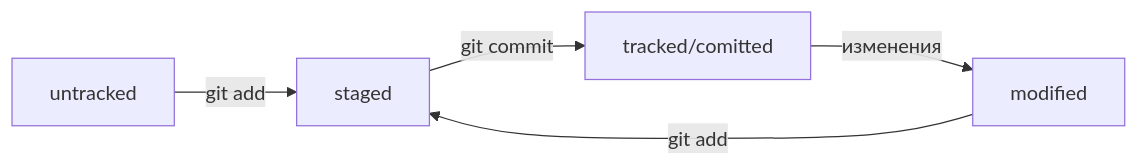
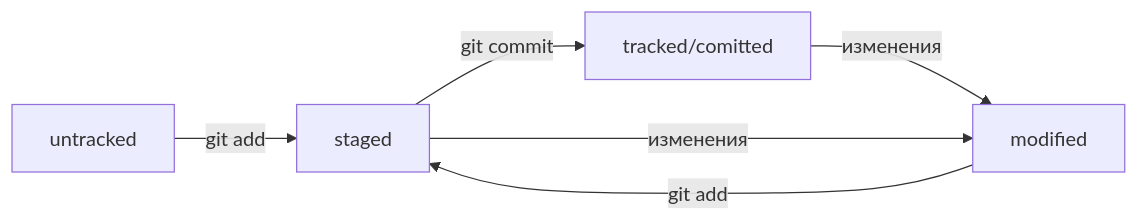
Before and after one commit to IgnatyKhramtsov/project_in_the_world: the diagram in README.md, drawn with Mermaid.

Commit message:
Добавить схему статусов файлов в README

````diff
--- a/README.md
+++ b/README.md
@@ -20,7 +20,8 @@
 ```mermaid
 graph LR;
   untracked -- " git add " --> staged;
   modified  -- " git add " --> staged;
   staged    -- " git commit "     --> tracked/comitted;
   tracked/comitted -- " изменения " --> modified;
+  staged -- " изменения " --> modified;
 ```
````
